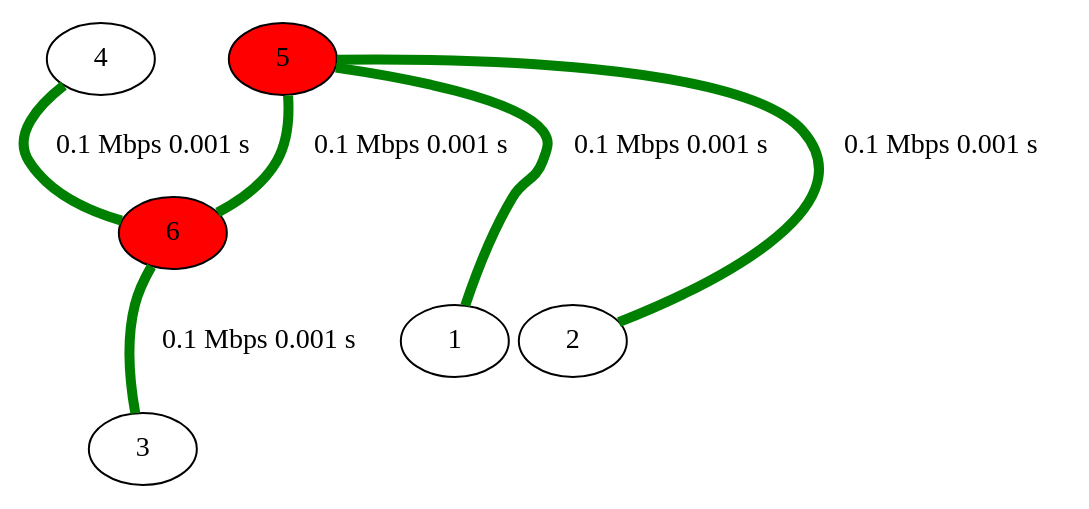
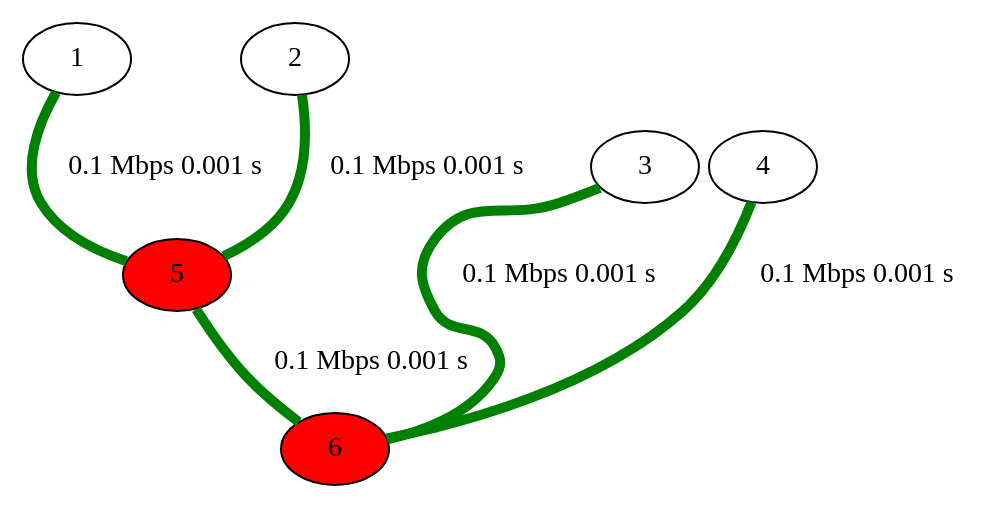
One commit to nonononoka/ntSimulator changed the diagram in network.gv. Above: the diagram before and after it, drawn with Graphviz. The commit also changed other lines of this file and 5 other files, not shown here.

```diff
--- a/network.gv
+++ b/network.gv
@@ -1,46 +1,46 @@
 strict graph {
 
+
+	"1" [  weight=0 ];
+
+	"1" -- "5" [ color="green", label="0.1 Mbps 0.001 s
+", penwidth="5.00",  weight=0 ];
+
+	"2" [  weight=0 ];
+
+	"2" -- "5" [ color="green", label="0.1 Mbps 0.001 s
+", penwidth="5.00",  weight=0 ];
+
+	"3" [  weight=0 ];
+
+	"3" -- "6" [ color="green", label="0.1 Mbps 0.001 s
+", penwidth="5.00",  weight=0 ];
 
 	"4" [  weight=0 ];
 
 	"4" -- "6" [ color="green", label="0.1 Mbps 0.001 s
 ", penwidth="5.00",  weight=0 ];
 
 	"5" [ fillcolor="red", style="filled",  weight=0 ];
 
 	"5" -- "1" [ color="green", label="0.1 Mbps 0.001 s
 ", penwidth="5.00",  weight=0 ];
 
 	"5" -- "2" [ color="green", label="0.1 Mbps 0.001 s
 ", penwidth="5.00",  weight=0 ];
 
 	"5" -- "6" [ color="green", label="0.1 Mbps 0.001 s
 ", penwidth="5.00",  weight=0 ];
 
 	"6" [ fillcolor="red", style="filled",  weight=0 ];
 
 	"6" -- "5" [ color="green", label="0.1 Mbps 0.001 s
 ", penwidth="5.00",  weight=0 ];
 
 	"6" -- "3" [ color="green", label="0.1 Mbps 0.001 s
 ", penwidth="5.00",  weight=0 ];
 
 	"6" -- "4" [ color="green", label="0.1 Mbps 0.001 s
 ", penwidth="5.00",  weight=0 ];
 
-	"1" [  weight=0 ];
-
-	"1" -- "5" [ color="green", label="0.1 Mbps 0.001 s
-", penwidth="5.00",  weight=0 ];
-
-	"2" [  weight=0 ];
-
-	"2" -- "5" [ color="green", label="0.1 Mbps 0.001 s
-", penwidth="5.00",  weight=0 ];
-
-	"3" [  weight=0 ];
-
-	"3" -- "6" [ color="green", label="0.1 Mbps 0.001 s
-", penwidth="5.00",  weight=0 ];
-
 }
```
